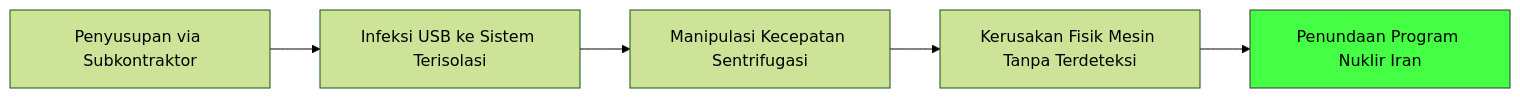
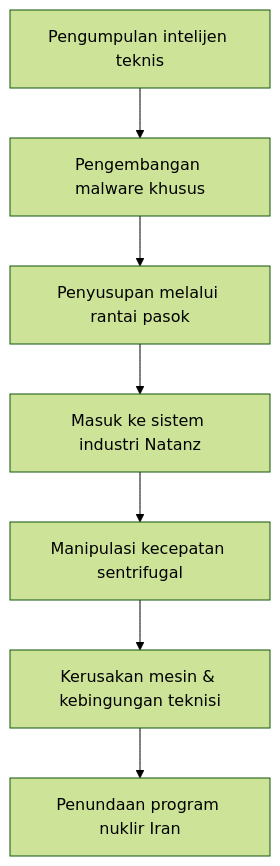
The fourth of 5 diagrams in src/content/articles/mossad-sejarah-rahasia-intelijen-israel.mdx (dwirx/BangunAI-Blog), drawn with Mermaid (forest theme) before and after one commit. The commit also changed other lines of this file, not shown here.

````diff
--- a/src/content/articles/mossad-sejarah-rahasia-intelijen-israel.mdx
+++ b/src/content/articles/mossad-sejarah-rahasia-intelijen-israel.mdx
@@ -99,8 +411,9 @@
 ```mermaid
-graph LR
-    A[Penyusupan via Subkontraktor] --> B[Infeksi USB ke Sistem Terisolasi]
-    B --> C[Manipulasi Kecepatan Sentrifugasi]
-    C --> D[Kerusakan Fisik Mesin Tanpa Terdeteksi]
-    D --> E[Penundaan Program Nuklir Iran]
-    style E fill:#4f4,stroke:#333
+graph TD
+    A[Pengumpulan intelijen teknis] --> B[Pengembangan malware khusus]
+    B --> C[Penyusupan melalui rantai pasok]
+    C --> D[Masuk ke sistem industri Natanz]
+    D --> E[Manipulasi kecepatan sentrifugal]
+    E --> F[Kerusakan mesin & kebingungan teknisi]
+    F --> G[Penundaan program nuklir Iran]
 ```
````
